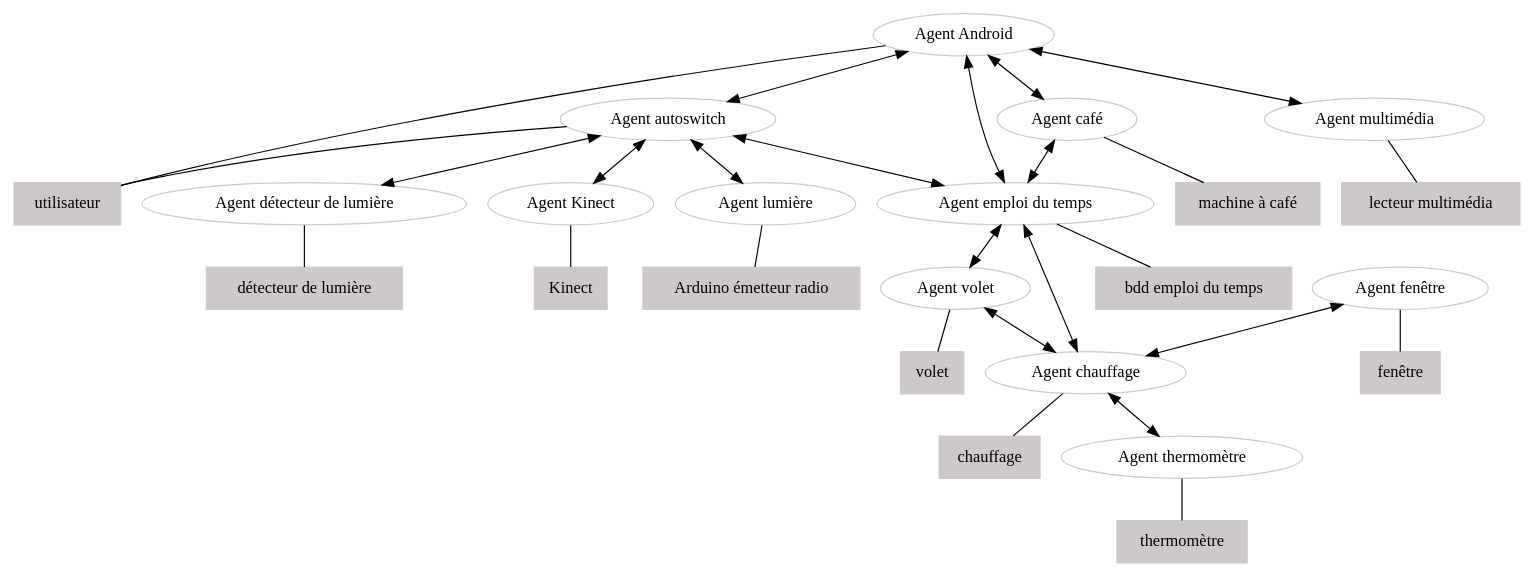
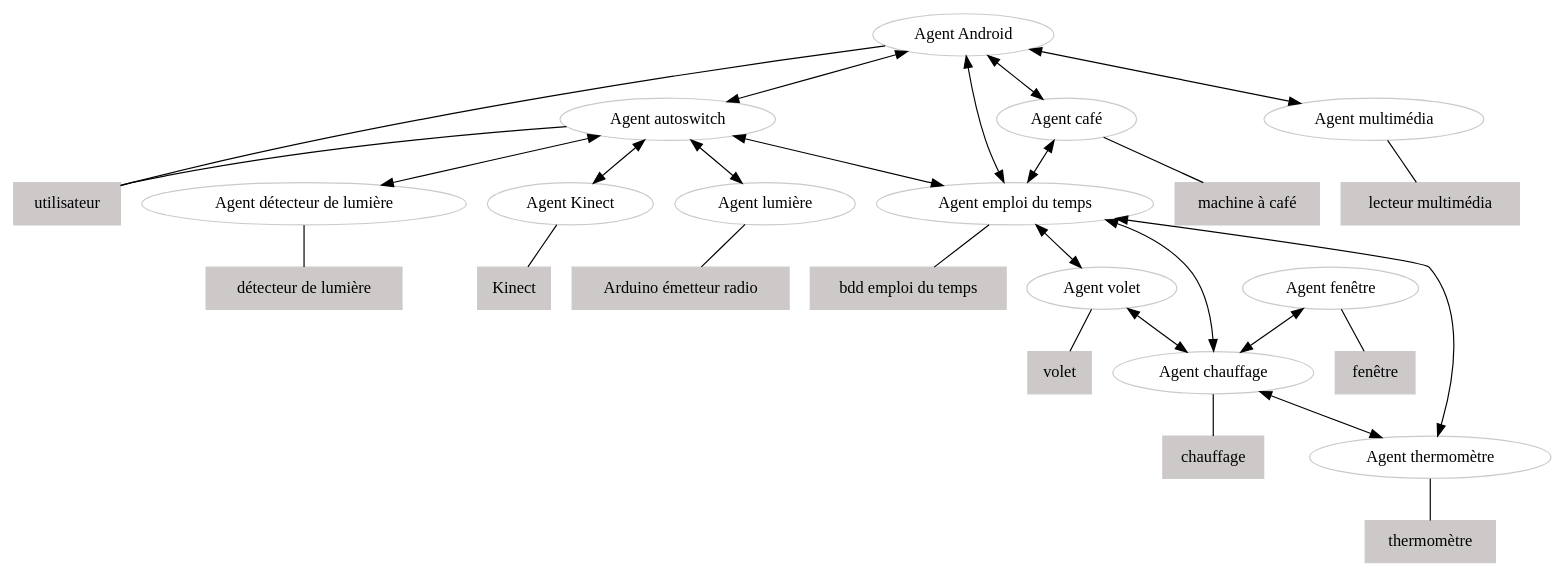
Before and after one commit to IA04Group/SmartHouse: the diagram in agents.dot, drawn with Graphviz. The commit also changed 2 other files, not shown here.

Commit message:
Mise à jour du diagramme d'agent.

```diff
--- a/agents.dot
+++ b/agents.dot
@@ -1,55 +1,55 @@
 digraph {
     /* Physical process */
     node [shape=box, style=filled, color=snow3];
     user [label="utilisateur"];
     coffee [label="machine à café"];
     dbplanning [label="bdd emploi du temps"];
     kinect [label="Kinect"];
     arduino [label="Arduino émetteur radio"];
     lightsensor [label="détecteur de lumière"];
     window [label="fenêtre"];
     shutter [label="volet"];
     heater [label="chauffage"];
     thermometer [label="thermomètre"];
     player [label="lecteur multimédia"];
 
     /* Agents */
     node [shape=oval, style=""];
     Aandroid [label="Agent Android"];
     Aautoswitch [label="Agent autoswitch"];
     Acoffee [label="Agent café"];
     Aplanning [label="Agent emploi du temps"];
     Akinect [label="Agent Kinect"];
     Alight [label="Agent lumière"];
     Alightsensor [label="Agent détecteur de lumière"];
     Awindow [label="Agent fenêtre"];
     Ashutter [label="Agent volet"];
     Aheater [label="Agent chauffage"];
     Atemperature [label="Agent thermomètre"];
     Aplayer [label="Agent multimédia"];
 
     /* Acquaintance agent <=> physical process */
     edge [arrowhead=none, arrowtail=none];
     Aandroid -> user;
     Aautoswitch -> user;
     Acoffee -> coffee;
     Aplanning -> dbplanning;
     Akinect -> kinect;
     Alight -> arduino;
     Alightsensor -> lightsensor;
     Awindow -> window;
     Ashutter -> shutter;
     Aheater -> heater;
     Atemperature -> thermometer;
     Aplayer -> player;
 
     /* Acquaintance agent <=> agent */
     edge [arrowhead=normal, arrowtail=normal, dir=both];
     Aandroid -> {Aautoswitch, Acoffee, Aplanning, Aplayer};
     Aautoswitch -> {Akinect, Alightsensor, Alight, Aplanning};
     Acoffee -> {Aplanning};
-    Aplanning -> {Ashutter, Aheater};
+    Aplanning -> {Ashutter, Aheater, Atemperature};
     Awindow -> {Aheater};
     Ashutter -> {Aheater};
     Aheater -> {Atemperature};
 }
```
